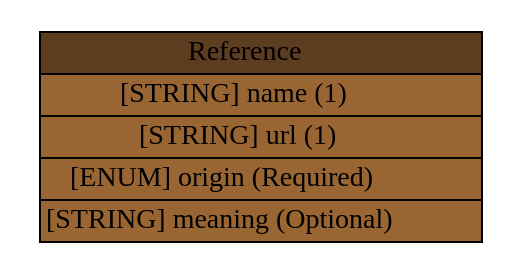
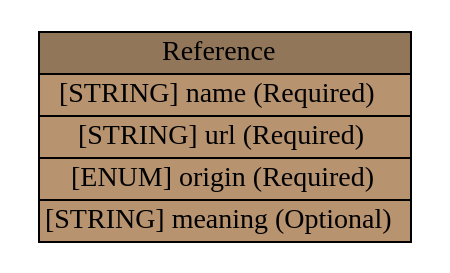
The diagram in idmef/graph/Reference.dot (Moutix/idmef_parser), drawn with Graphviz before and after one commit. The commit also changed 197 other files, not shown here.

Commit message:
Update Graphs

```diff
--- a/idmef/graph/Reference.dot
+++ b/idmef/graph/Reference.dot
@@ -1,6 +1,11 @@
 digraph Reference {
-	graph [rankdir=LR];
+	graph [bb="0,0,201,113",
+		rankdir=LR
+	];
 	node [label="\N"];
-	graph [bb="0,0,230,108"];
-	Reference [label=<<table BORDER="0" CELLBORDER="1" CELLSPACING="0"> <tr > <td BGCOLOR="#5c3d1f" HREF="#" TITLE="The Reference class provides the &quot;name&quot; of an alert, or other information allowing the manager to determine what it is. ">Reference</td> </tr>" %<tr><td BGCOLOR="#996633" HREF="#" TITLE="The name of the alert, from one of the origins listed below.">[STRING] name (1) </td></tr>%<tr><td BGCOLOR="#996633" HREF="#" TITLE="A URL at which the manager (or the human operator of the manager) can find additional information about the alert.  The document pointed to by the URL may include an in-depth description of the attack, appropriate countermeasures, or other information deemed relevant by the vendor.">[STRING] url (1) </td></tr>%<tr><td BGCOLOR="#996633" HREF="#" TITLE="The source from which the name of the alert originates. The permitted values for this attribute are shown below.  The default value is &quot;unknown&quot;.  (See also Section 10.)">[ENUM] origin (Required) </td></tr>%<tr><td BGCOLOR="#996633" HREF="#" TITLE="The meaning of the reference, as understood by the alert provider.  This field is only valid if the value of the &lt;origin&gt; attribute is set to &quot;vendor-specific&quot; or &quot;user-specific&quot;.">[STRING] meaning (Optional) </td></tr>%</table>>, shape=plaintext, pos="115,54", width="3.1944", height="1.5139"];
+	Reference	 [height=1.5694,
+		label=<<table BORDER="0" CELLBORDER="1" CELLSPACING="0"> <tr> <td BGCOLOR="#92765a" HREF="#" TITLE="The Reference class provides the &quot;name&quot; of an alert, or other information allowing the manager to determine what it is. "><FONT FACE="Nimbus Sans L">Reference</FONT></td> </tr>" %<tr><td BGCOLOR="#b79370"  HREF="#" TITLE="The name of the alert, from one of the origins listed below."><FONT FACE="Nimbus Sans L">[STRING] name (Required)</FONT></td></tr>%<tr><td BGCOLOR="#b79370"  HREF="#" TITLE="A URL at which the manager (or the human operator of the manager) can find additional information about the alert.  The document pointed to by the URL may include an in-depth description of the attack, appropriate countermeasures, or other information deemed relevant by the vendor."><FONT FACE="Nimbus Sans L">[STRING] url (Required)</FONT></td></tr>%<tr><td BGCOLOR="#b79370"  HREF="#" TITLE="The source from which the name of the alert originates. The permitted values for this attribute are shown below.  The default value is &quot;unknown&quot;.  (See also Section 10.)"><FONT FACE="Nimbus Sans L">[ENUM] origin (Required)</FONT></td></tr>%<tr><td BGCOLOR="#b79370"  HREF="#" TITLE="The meaning of the reference, as understood by the alert provider.  This field is only valid if the value of the &lt;origin&gt; attribute is set to &quot;vendor-specific&quot; or &quot;user-specific&quot;."><FONT FACE="Nimbus Sans L">[STRING] meaning (Optional)</FONT></td></tr>%</table>>,
+		pos="100.5,56.5",
+		shape=plaintext,
+		width=2.7917];
 }
```
